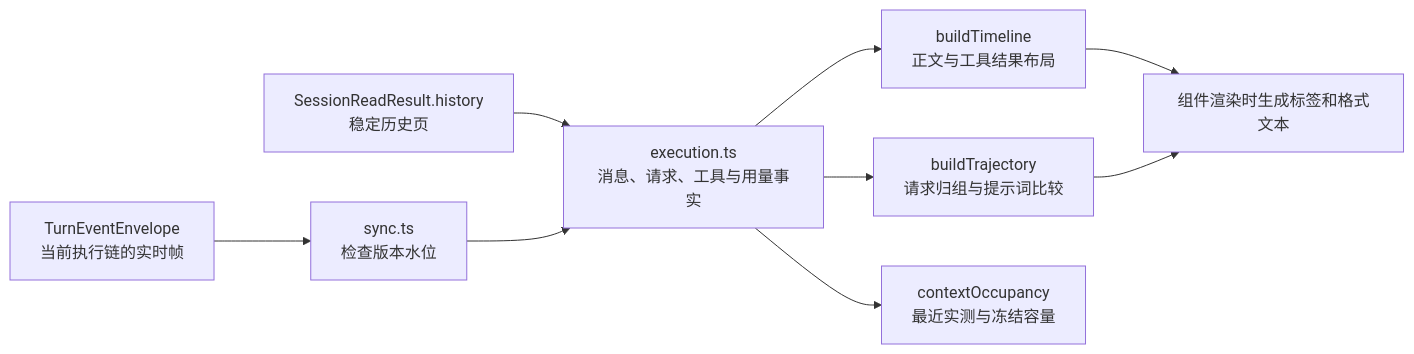
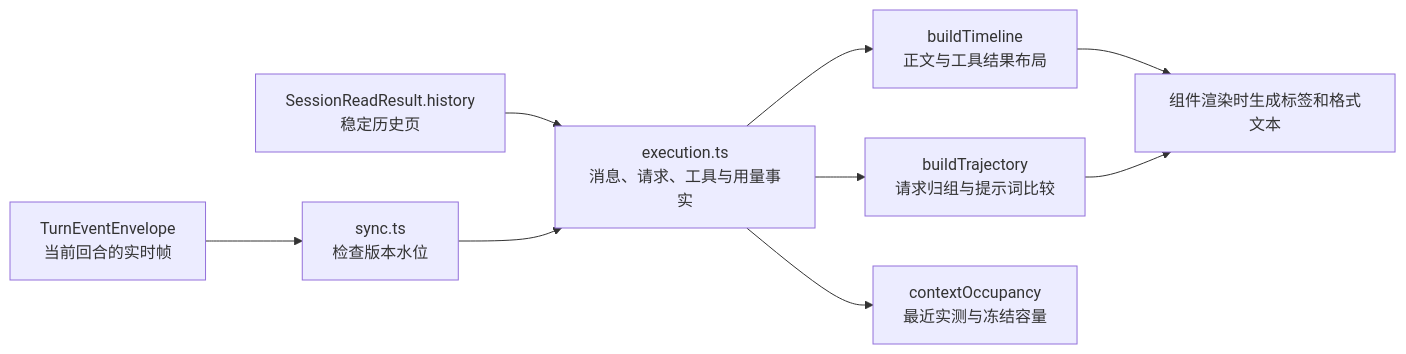
One commit to qjcnmd/singularity-agent changed the eighth of 28 diagrams in docs/architecture.md. Above: the diagram before and after it, drawn with Mermaid. The commit also changed other lines of this file and 38 other files, not shown here.

````diff
--- a/docs/architecture.md
+++ b/docs/architecture.md
@@ -224,11 +224,11 @@
 ```mermaid
 flowchart LR
     Baseline["SessionReadResult.history<br/>稳定历史页"] --> Facts["execution.ts<br/>消息、请求、工具与用量事实"]
-    Frames["TurnEventEnvelope<br/>当前执行链的实时帧"] --> Sync["sync.ts<br/>检查版本水位"]
+    Frames["TurnEventEnvelope<br/>当前回合的实时帧"] --> Sync["sync.ts<br/>检查版本水位"]
     Sync --> Facts
     Facts --> Timeline["buildTimeline<br/>正文与工具结果布局"]
     Facts --> Trace["buildTrajectory<br/>请求归组与提示词比较"]
     Facts --> Usage["contextOccupancy<br/>最近实测与冻结容量"]
     Timeline --> Render["组件渲染时生成标签和格式文本"]
     Trace --> Render
 ```
````
